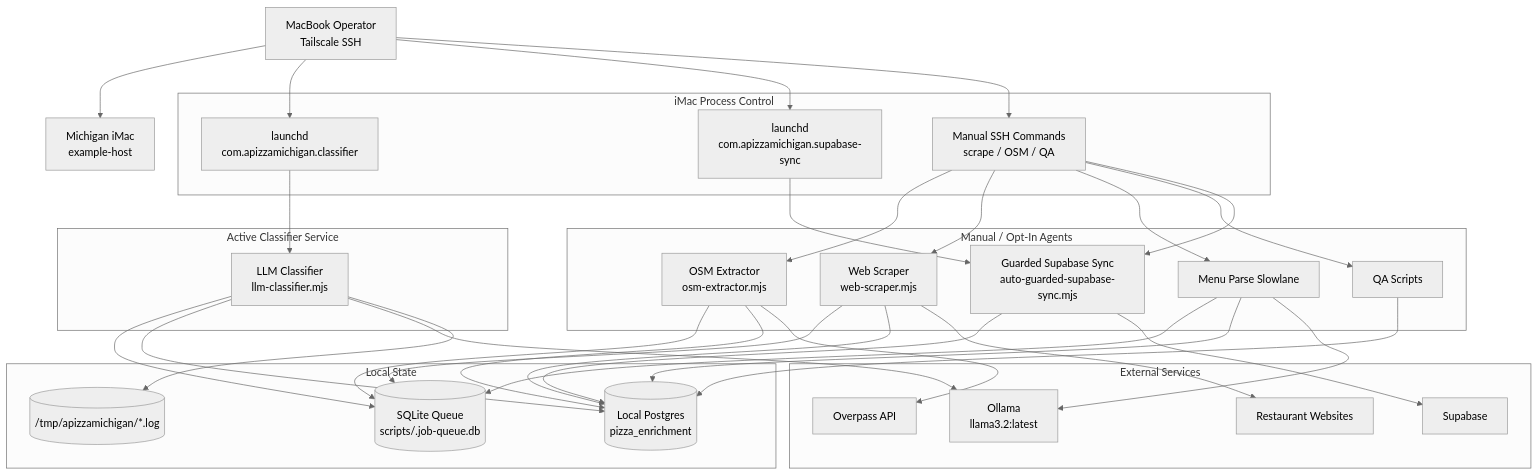
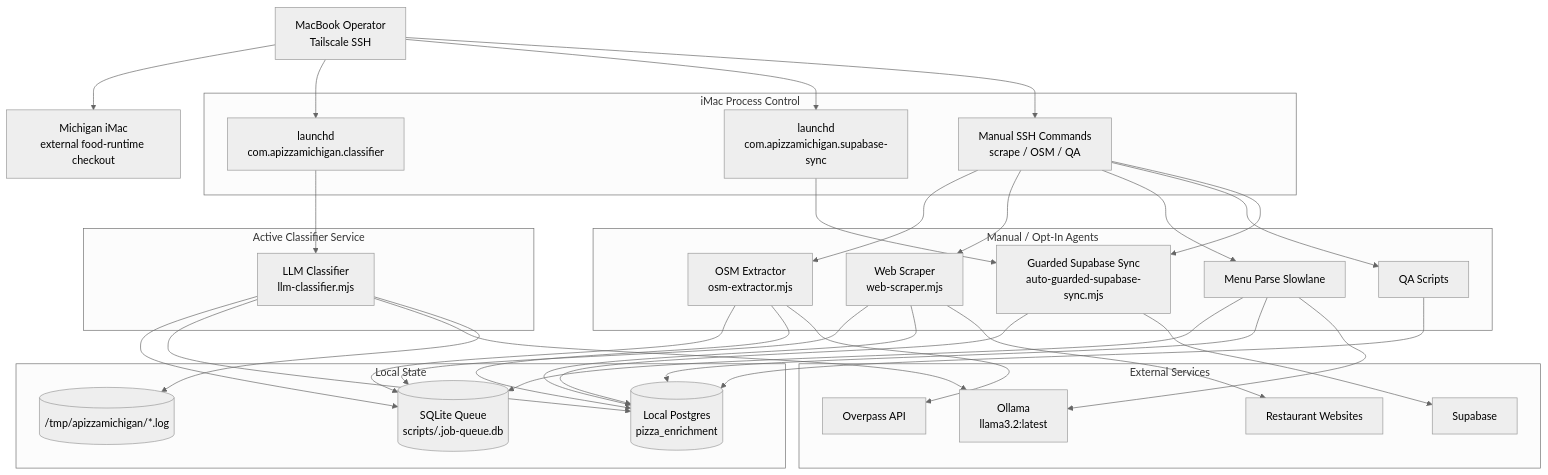
Before and after one commit to Antwohlf/apizzamichigan: the third of 3 diagrams in docs/SYSTEM_DIAGRAM.md, drawn with Mermaid (neutral theme). The commit also changed other lines of this file and 37 other files, not shown here.

First line of the commit message:
Separate site status and scheduling from external food runtime

````diff
--- a/docs/SYSTEM_DIAGRAM.md
+++ b/docs/SYSTEM_DIAGRAM.md
@@ -64,64 +69,64 @@
 ```mermaid
 graph TD
-    OP["MacBook Operator<br/>Tailscale SSH"] --> IMAC["Michigan iMac<br/>example-host"]
+    OP["MacBook Operator<br/>Tailscale SSH"] --> IMAC["Michigan iMac<br/>external food-runtime checkout"]
 
     subgraph "iMac Process Control"
         LAUNCHD["launchd<br/>com.apizzamichigan.classifier"]
         SYNC_SVC["launchd<br/>com.apizzamichigan.supabase-sync"]
         MANUAL["Manual SSH Commands<br/>scrape / OSM / QA"]
     end
 
     subgraph "Active Classifier Service"
         CLS["LLM Classifier<br/>llm-classifier.mjs"]
     end
 
     subgraph "Manual / Opt-In Agents"
         OSM["OSM Extractor<br/>osm-extractor.mjs"]
         SCR["Web Scraper<br/>web-scraper.mjs"]
         MP["Menu Parse Slowlane"]
         QA["QA Scripts"]
         SYNC["Guarded Supabase Sync<br/>auto-guarded-supabase-sync.mjs"]
     end
 
     subgraph "Local State"
         SQLITE[("SQLite Queue<br/>scripts/.job-queue.db")]
         PG[("Local Postgres<br/>pizza_enrichment")]
         LOGS[("/tmp/apizzamichigan/*.log")]
     end
 
     subgraph "External Services"
         OLLAMA["Ollama<br/>llama3.2:latest"]
         OVERPASS["Overpass API"]
         WEBSITES["Restaurant Websites"]
         SUPABASE["Supabase"]
     end
 
     OP --> LAUNCHD
     OP --> SYNC_SVC
     OP --> MANUAL
     LAUNCHD --> CLS
     SYNC_SVC --> SYNC
     CLS --> SQLITE
     CLS --> PG
     CLS --> OLLAMA
     CLS --> LOGS
 
     MANUAL --> OSM
     MANUAL --> SCR
     MANUAL --> MP
     MANUAL --> QA
     MANUAL --> SYNC
 
     OSM --> SQLITE
     OSM --> PG
     OSM --> OVERPASS
     SCR --> SQLITE
     SCR --> PG
     SCR --> WEBSITES
     MP --> SQLITE
     MP --> PG
     MP --> OLLAMA
     QA --> PG
     SYNC --> PG
     SYNC --> SUPABASE
 ```
````
